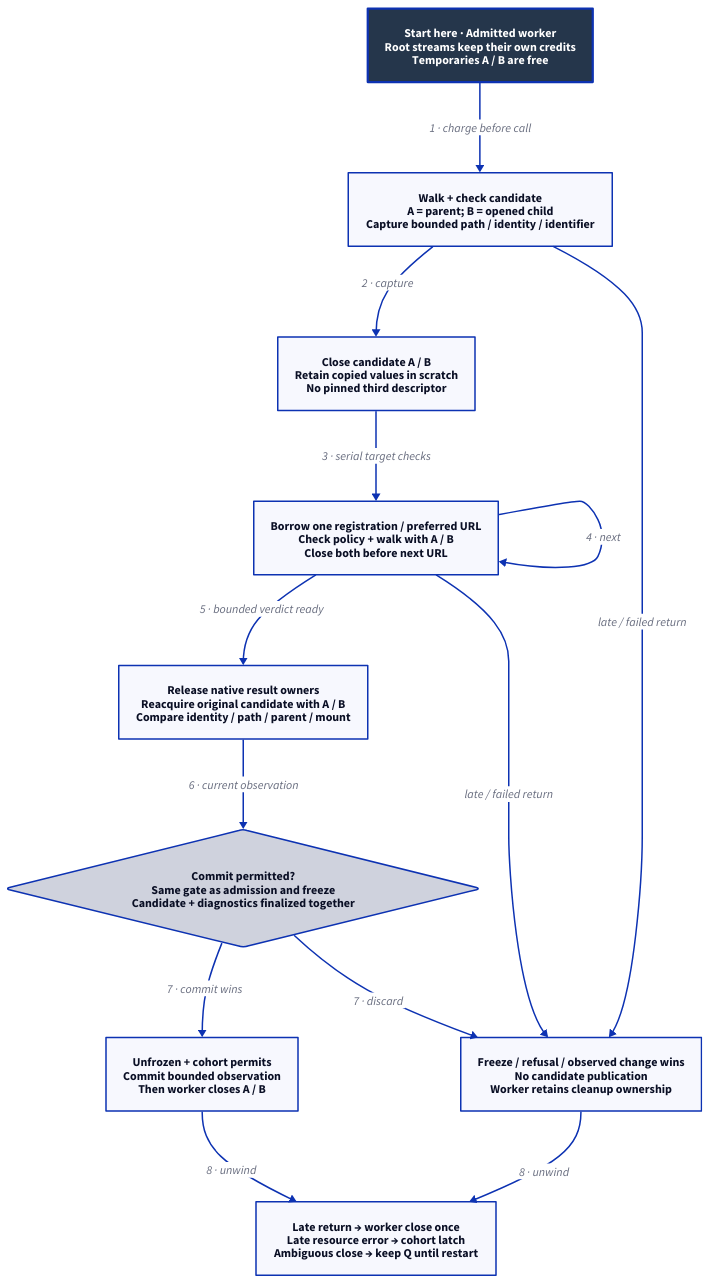
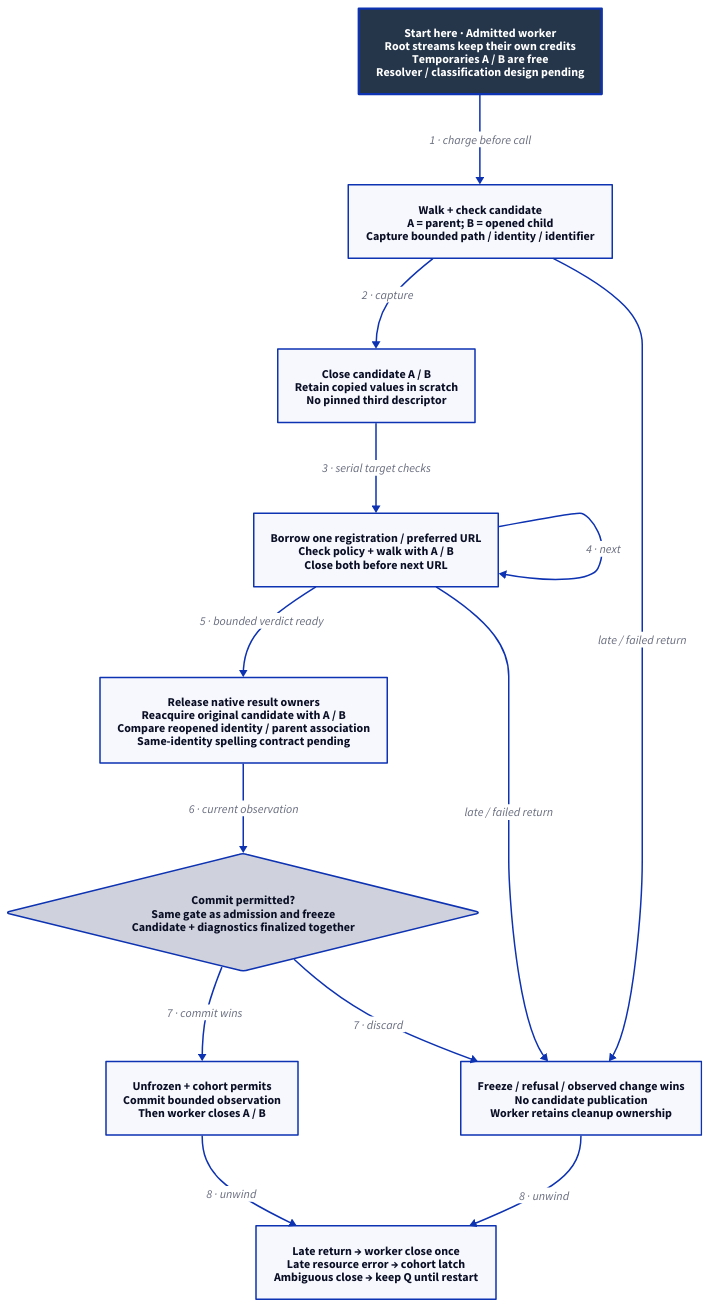
The diagram in docs/design/architecture/search-inspection.d2 (Linkuistics/Koine), drawn with D2 before and after one commit. The commit also changed 31 other files, not shown here.

```diff
--- a/docs/design/architecture/search-inspection.d2
+++ b/docs/design/architecture/search-inspection.d2
@@ -1,26 +1,26 @@
 # Phase flow, not an atomic snapshot or model-checked state machine.
 direction: down
 classes: {
   start: {style: {fill: "#25364B"; font-color: "#FFFFFF"; bold: true; stroke-width: 3}}
 }
-Start: "Start here · Admitted worker\nRoot streams keep their own credits\nTemporaries A / B are free" {class: start}
+Start: "Start here · Admitted worker\nRoot streams keep their own credits\nTemporaries A / B are free\nResolver / classification design pending" {class: start}
 Candidate: "Walk + check candidate\nA = parent; B = opened child\nCapture bounded path / identity / identifier"
 Release: "Close candidate A / B\nRetain copied values in scratch\nNo pinned third descriptor"
 Targets: "Borrow one registration / preferred URL\nCheck policy + walk with A / B\nClose both before next URL"
-Recheck: "Release native result owners\nReacquire original candidate with A / B\nCompare identity / path / parent / mount"
+Recheck: "Release native result owners\nReacquire original candidate with A / B\nCompare reopened identity / parent association\nSame-identity spelling contract pending"
 Gate: "Commit permitted?\nSame gate as admission and freeze\nCandidate + diagnostics finalized together" {shape: diamond}
 Commit: "Unfrozen + cohort permits\nCommit bounded observation\nThen worker closes A / B"
 Discard: "Freeze / refusal / observed change wins\nNo candidate publication\nWorker retains cleanup ownership"
 Cleanup: "Late return → worker close once\nLate resource error → cohort latch\nAmbiguous close → keep Q until restart"
 Start -> Candidate: "1 · charge before call"
 Candidate -> Release: "2 · capture"
 Release -> Targets: "3 · serial target checks"
 Targets -> Targets: "4 · next"
 Targets -> Recheck: "5 · bounded verdict ready"
 Recheck -> Gate: "6 · current observation"
 Gate -> Commit: "7 · commit wins"
 Gate -> Discard: "7 · discard"
 Candidate -> Discard: "late / failed return"
 Targets -> Discard: "late / failed return"
 Commit -> Cleanup: "8 · unwind"
 Discard -> Cleanup: "8 · unwind"
```
